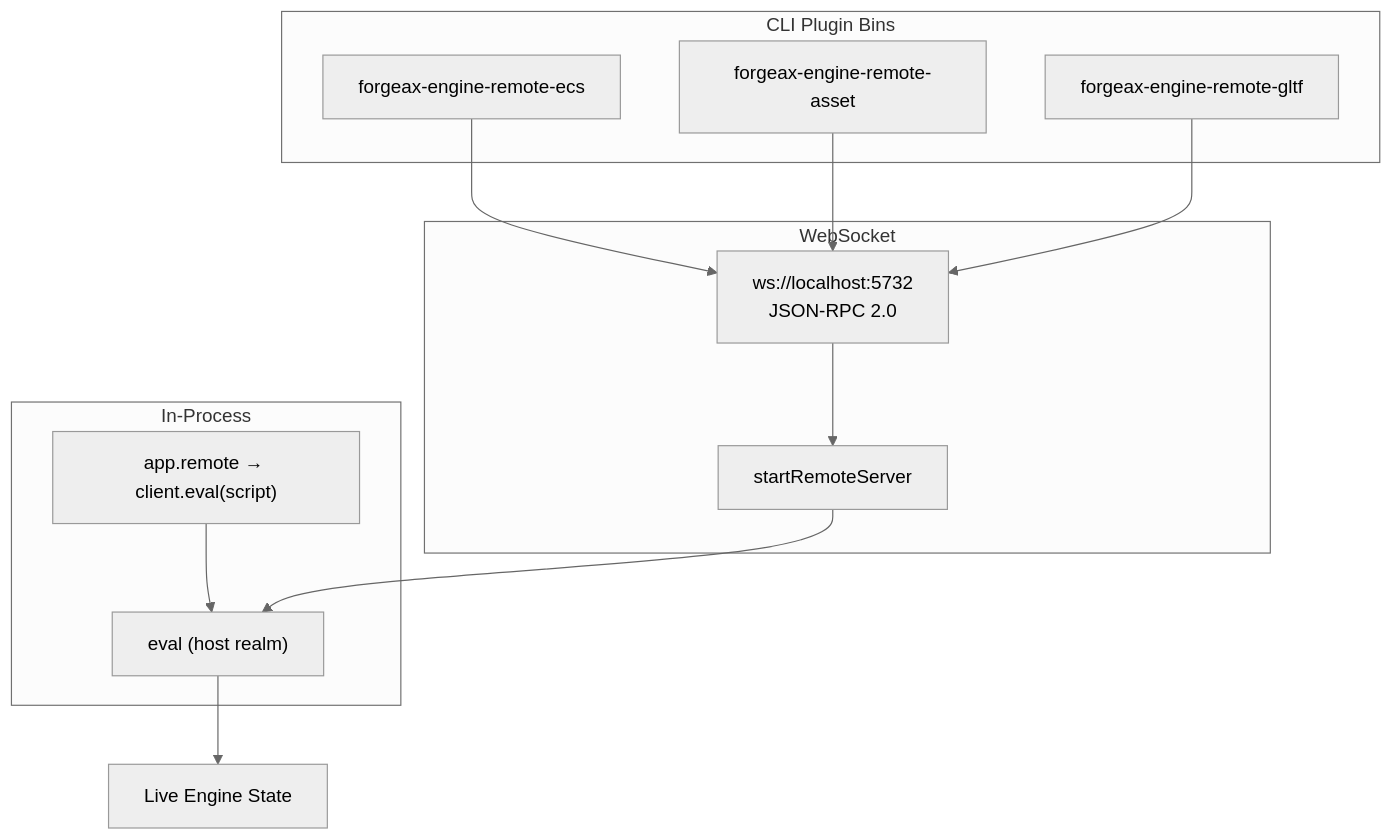
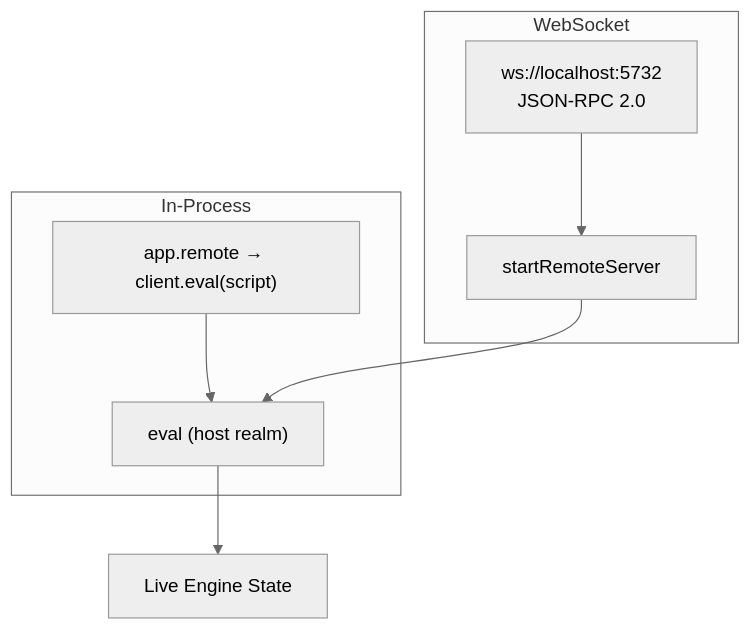
The fourth of 4 diagrams in packages/engine/packages/remote/README.md (ForgeaX-Games/forgeax-editor), drawn with Mermaid (neutral theme) before and after one commit. The commit also changed other lines of this file and 5042 other files, not shown here.

````diff
--- a/packages/engine/packages/remote/README.md
+++ b/packages/engine/packages/remote/README.md
@@ -193,15 +201,10 @@
 ```mermaid
 flowchart TD
     subgraph InProcess["In-Process"]
         A["app.remote → client.eval(script)"] --> E["eval (host realm)"]
     end
     subgraph WS["WebSocket"]
         C["ws://localhost:5732<br/>JSON-RPC 2.0"] --> S["startRemoteServer"] --> E
     end
-    subgraph CLI["CLI Plugin Bins"]
-        B1["forgeax-engine-remote-ecs"] --> C
-        B2["forgeax-engine-remote-asset"] --> C
-        B3["forgeax-engine-remote-gltf"] --> C
-    end
     E --> W["Live Engine State"]
 ```
````
